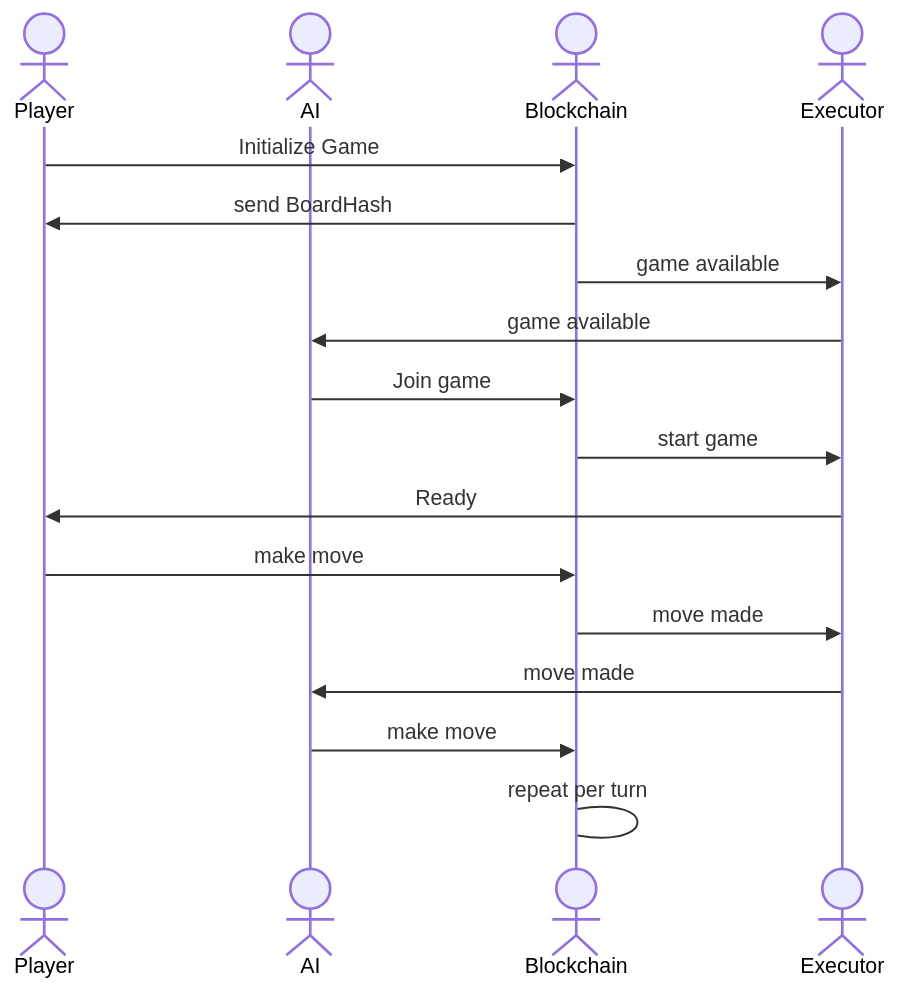
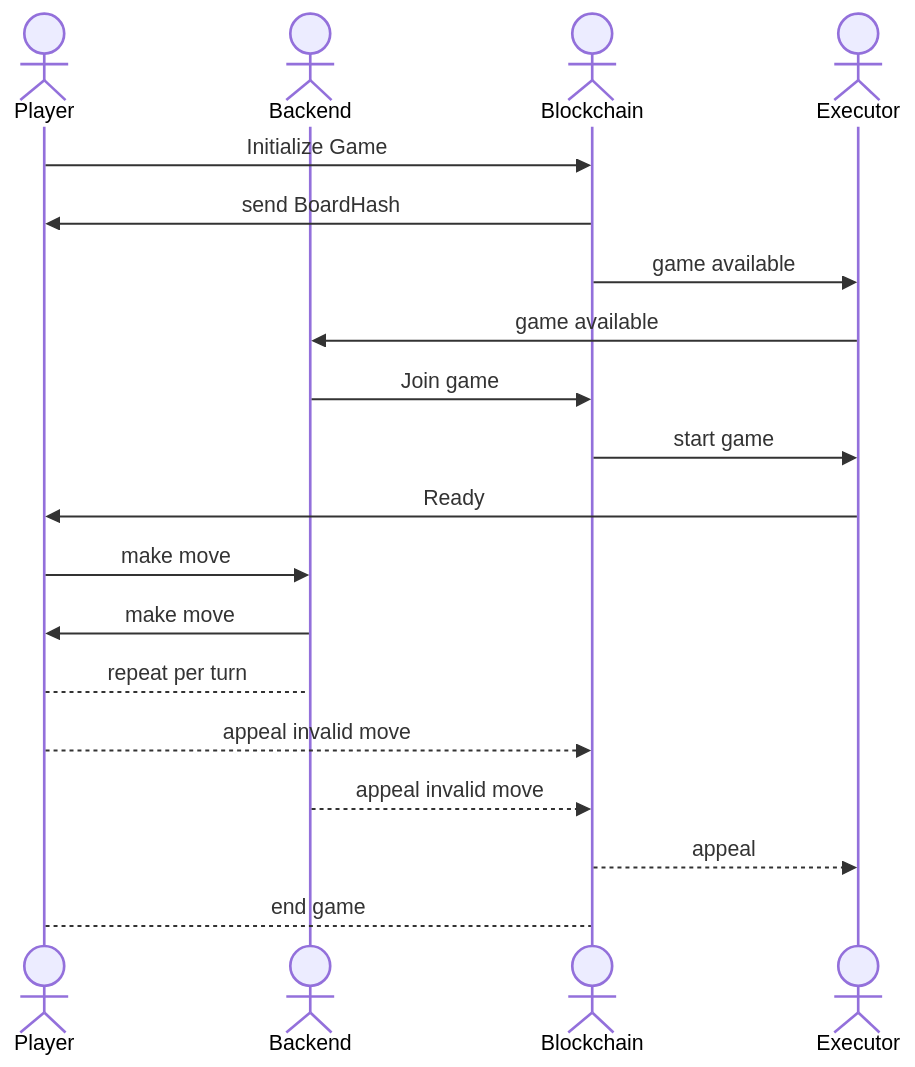
One commit to CoinOp-Studios/hallway-fight-circuit changed the diagram in README.md. Above: the diagram before and after it, drawn with Mermaid. The commit also changed other lines of this file, not shown here.

Commit message:
udpate seq diagram and commands

````diff
--- a/README.md
+++ b/README.md
@@ -41,19 +39,21 @@
 ```mermaid
 sequenceDiagram
   actor Player
-  actor AI
+  actor Backend
   actor Blockchain
   actor Executor
   Player->>Blockchain: Initialize Game
   Blockchain->>Player: send BoardHash
   Blockchain->>Executor: game available
-  Executor->>AI: game available
-  AI->>Blockchain: Join game
+  Executor->>Backend: game available
+  Backend->>Blockchain: Join game
   Blockchain->>Executor: start game
   Executor->>Player: Ready
-  Player->>Blockchain: make move
-  Blockchain->>Executor: move made
-  Executor->>AI: move made
-  AI->>Blockchain: make move
-  Blockchain->Blockchain: repeat per turn
+  Player->>Backend: make move
+  Backend->>Player: make move
+  Player-->Backend: repeat per turn
+  Player-->>Blockchain: appeal invalid move
+  Backend-->>Blockchain: appeal invalid move
+  Blockchain-->>Executor: appeal
+  Player-->Blockchain: end game
 ```
````
